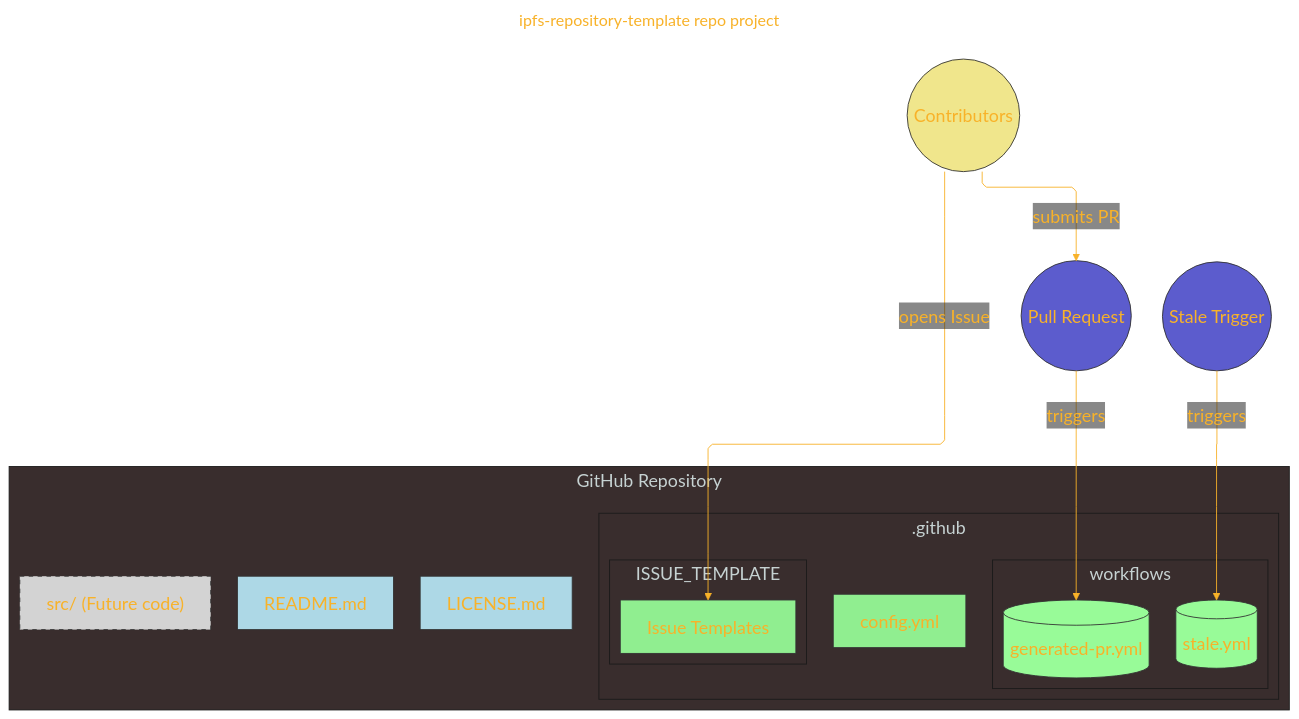
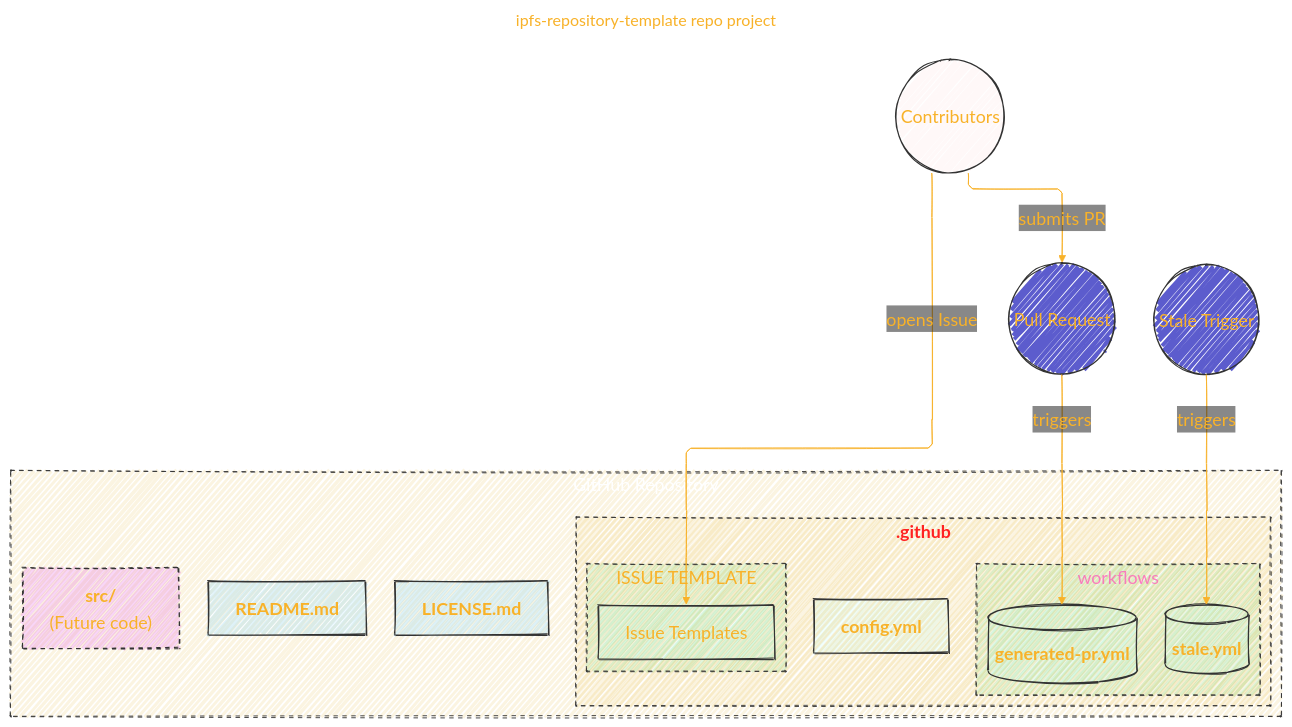
Before and after one commit to CongLeSolutionX/ArchExplorer: the first of 2 diagrams in IPFS/ipfs-repository-template_repo_project.md, drawn with Mermaid.

Commit message:
update notes

````diff
--- a/IPFS/ipfs-repository-template_repo_project.md
+++ b/IPFS/ipfs-repository-template_repo_project.md
@@ -40,70 +40,75 @@
 ```mermaid
 ---
 title: "ipfs-repository-template repo project"
 author: "Cong Le"
 version: "1.0"
 license(s): "MIT, CC BY-SA 4.0"
 copyright: "Copyright (c) 2025 Cong Le. All Rights Reserved."
 config:
   layout: elk
   theme: base
+  look: handDrawn
 ---
 %%%%%%%% Mermaid version v11.4.1-b.14
 %%%%%%%% Available curve styles include the following keywords:
 %% basis, bumpX, bumpY, cardinal, catmullRom, linear, monotoneX, monotoneY, natural, step, stepAfter, stepBefore.
 %%{
   init: {
     'flowchart': { 'htmlLabels': true, 'curve': 'linear' },
     'fontFamily': 'Monaco',
     'themeVariables': {
       'primaryColor': '#222B2B',
       'primaryTextColor': '#F8B229',
       'lineColor': '#F8B229',
       'primaryBorderColor': '#27AE60',
       'secondaryColor': '#2221',
       'secondaryTextColor': '#6C3483',
       'secondaryBorderColor': '#A569BD',
       'fontSize': '20px'
     }
   }
 }%%
 flowchart TD
-    classDef docs fill:#ADD8E6,stroke:#333
-    classDef cfg fill:#90EE90,stroke:#333
-    classDef ci fill:#98FB98,stroke:#333
-    classDef external fill:#F0E68C,stroke:#333
+    classDef docs fill:#ADE6,stroke:#333
+    classDef cfg fill:#9FF2,stroke:#333
+    classDef ci fill:#9FF2,stroke:#333
+    classDef external fill:#FCC2,stroke:#333
     classDef event fill:#22BB,stroke:#333
-    classDef future fill:#D3D3D3,stroke:#333,stroke-dasharray: 5 5
+    classDef future fill:#D3D3,stroke:#333,stroke-dasharray: 5 5
 
     Contributors((Contributors)):::external
     PR((Pull Request)):::event
     StaleTrigger((Stale Trigger)):::event
 
-    subgraph "GitHub Repository"
-        README["README.md"]:::docs
-        LICENSE["LICENSE.md"]:::docs
-        subgraph ".github"
-            subgraph "ISSUE_TEMPLATE"
+    subgraph GitHub_Repository["GitHub Repository"]
+    style GitHub_Repository fill:#DA22,stroke:#333,stroke-width:1px,stroke-dasharray: 5 5, color:#FFFF
+        README["<b>README.md</b>"]:::docs
+        LICENSE["<b>LICENSE.md</b>"]:::docs
+        subgraph github["<b>.github</b>"]
+        style github fill:#DA22,stroke:#333,stroke-width:1px,stroke-dasharray: 5 5, color:#F22F
+            subgraph ISSUE_TEMPLATE["ISSUE TEMPLATE"]
+            style ISSUE_TEMPLATE fill:#2B22,stroke:#333,stroke-width:1px,stroke-dasharray: 5 5, color:#F8B229
                 ISSUE["Issue Templates"]:::cfg
             end
-            GHCONFIG["config.yml"]:::cfg
-            subgraph "workflows"
-                GEN[(generated-pr.yml)]:::ci
-                STALE[(stale.yml)]:::ci
+            GHCONFIG["<b>config.yml</b>"]:::cfg
+            subgraph workflows["workflows"]
+            style workflows fill:#2B22,stroke:#333,stroke-width:1px,stroke-dasharray: 5 5, color:#F5BB
+                GEN[("<b>generated-pr.yml</b>")]:::ci
+                STALE[("<b>stale.yml</b>")]:::ci
             end
         end
-        FUTURE["src/ (Future code)"]:::future
+        FUTURE["<b>src/</b> <br/>(Future code)"]:::future
     end
 
     Contributors -->|"opens Issue"| ISSUE
     Contributors -->|"submits PR"| PR
     PR -->|"triggers"| GEN
     StaleTrigger -->|"triggers"| STALE
 
     click README "https://github.com/ipfs/ipfs-repository-template/blob/main/README.md"
     click LICENSE "https://github.com/ipfs/ipfs-repository-template/blob/main/LICENSE.md"
     click ISSUE "https://github.com/ipfs/ipfs-repository-template/tree/main/.github/ISSUE_TEMPLATE/"
     click GHCONFIG "https://github.com/ipfs/ipfs-repository-template/blob/main/.github/config.yml"
     click GEN "https://github.com/ipfs/ipfs-repository-template/blob/main/.github/workflows/generated-pr.yml"
     click STALE "https://github.com/ipfs/ipfs-repository-template/blob/main/.github/workflows/stale.yml"
 ```
````
